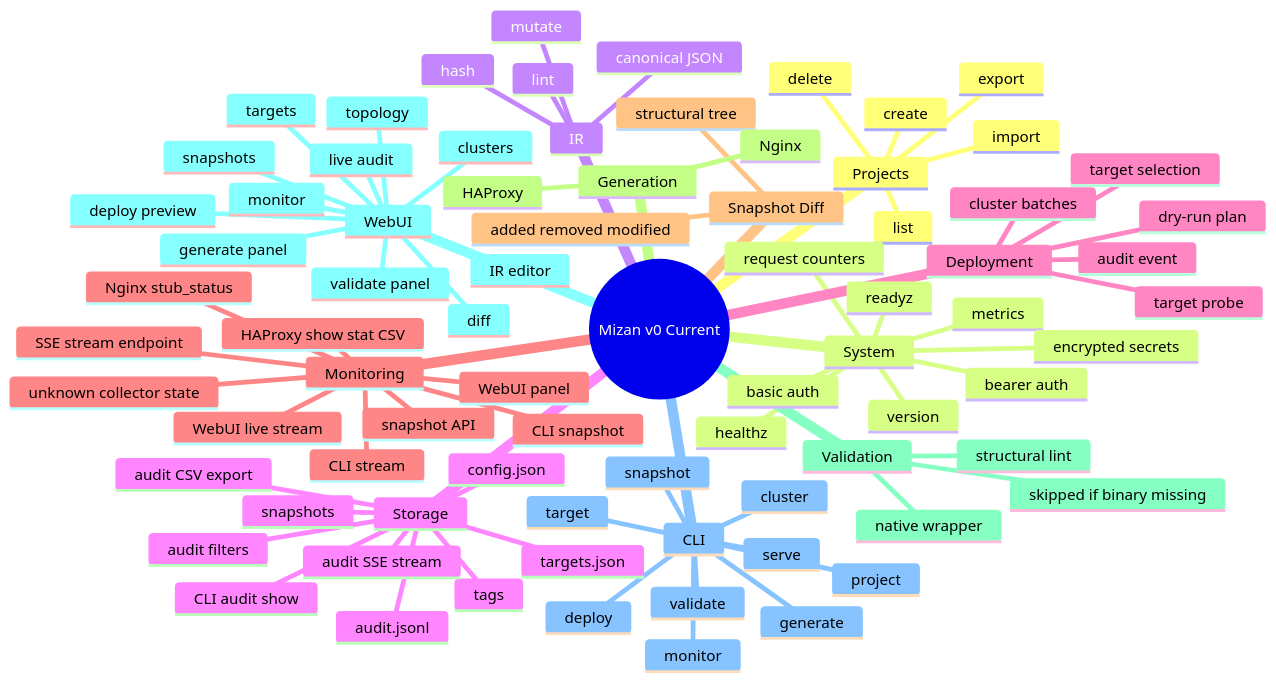
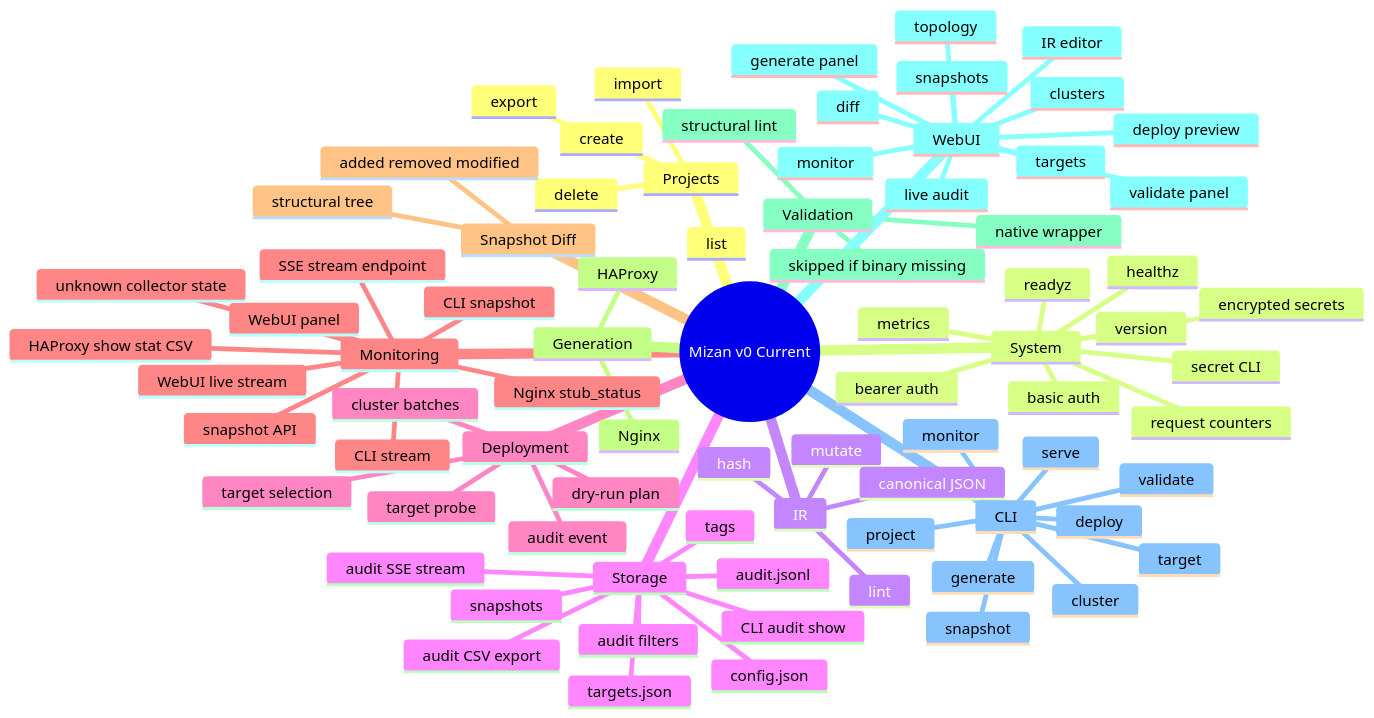
Diagram 18 of 19 in ARCHITECTURE.md (ersinkoc/Mizan), drawn with Mermaid before and after one commit. The commit also changed other lines of this file and 6 other files, not shown here.

Commit message:
Add CLI secret management commands

```diff
--- a/ARCHITECTURE.md
+++ b/ARCHITECTURE.md
@@ -591,6 +591,7 @@
       bearer auth
       basic auth
       encrypted secrets
+      secret CLI
     IR
       lint
       mutate
```
